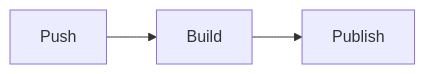
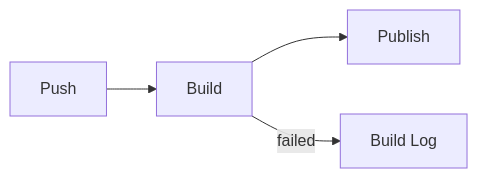
The first of 2 diagrams in markdown.md (replworks-bot/document2-test-docs), drawn with Mermaid before and after one commit. The commit also changed other lines of this file, not shown here.

First line of the commit message:
docs: show math and Mermaid as rendered Markdown features

````diff
--- a/markdown.md
+++ b/markdown.md
@@ -236,4 +246,5 @@
 ```mermaid
 graph LR
     Push --> Build --> Publish
+    Build -->|failed| Log[Build Log]
 ```
````
